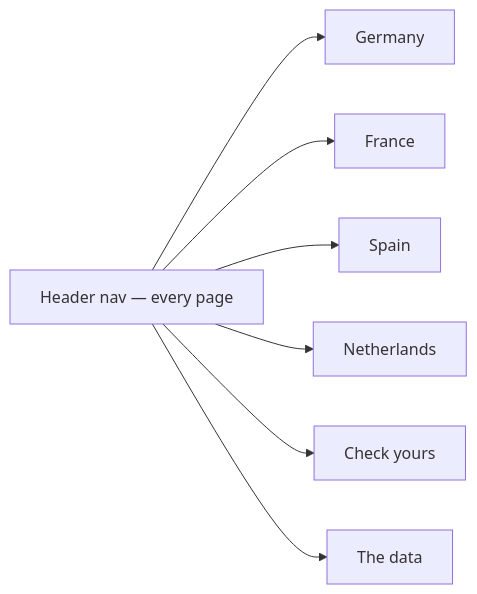
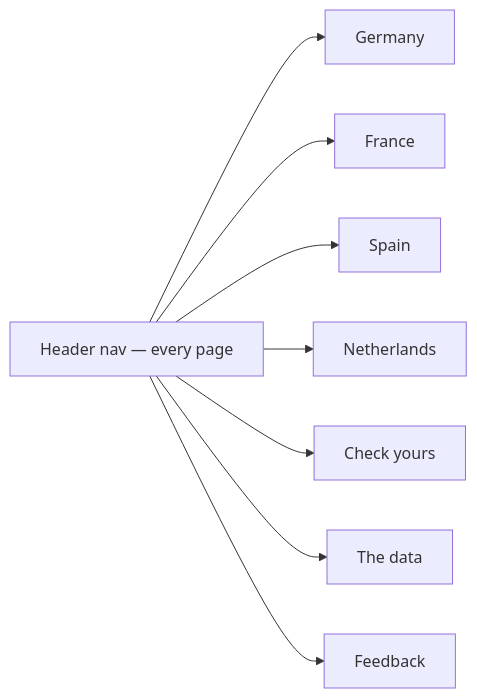
Before and after one commit to OytunOnal/permit-rulebook: the second of 2 diagrams in docs/spine/design/site-map.md, drawn with Mermaid. The commit also changed other lines of this file and 22 other files, not shown here.

````diff
--- a/docs/spine/design/site-map.md
+++ b/docs/spine/design/site-map.md
@@ -54,7 +76,8 @@
 ```mermaid
 flowchart LR
     Nav["Header nav — every page"]
     Nav --> DE["Germany"] & FR["France"] & ES["Spain"] & NL["Netherlands"]
     Nav --> Check["Check yours"]
     Nav --> TheData["The data"]
+    Nav --> TheFeedback["Feedback"]
 ```
````
